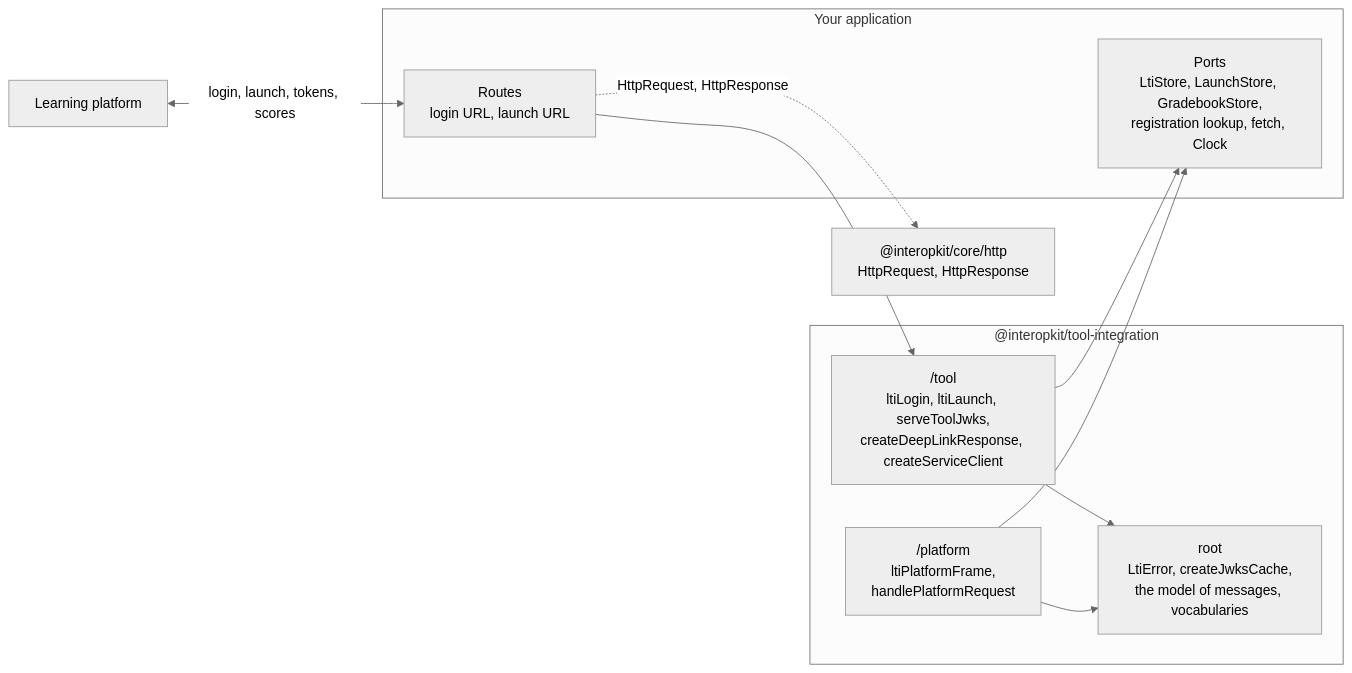
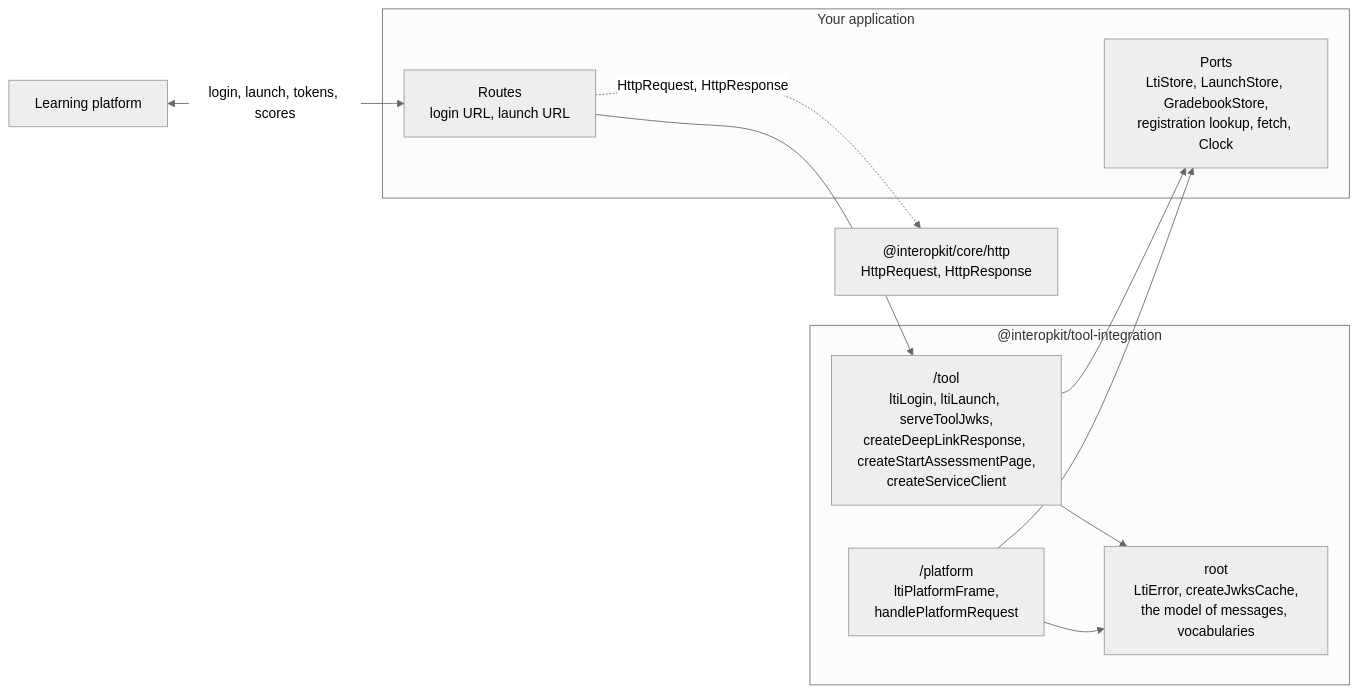
Before and after one commit to interopkit/interopkit: the diagram in packages/tool-integration/README.md, drawn with Mermaid (neutral theme). The commit also changed other lines of this file and 43 other files, not shown here.

````diff
--- a/packages/tool-integration/README.md
+++ b/packages/tool-integration/README.md
@@ -12,21 +13,21 @@
 ```mermaid
 flowchart LR
   platform["Learning platform"]
   subgraph host["Your application"]
     routes["Routes<br/>login URL, launch URL"]
     ports["Ports<br/>LtiStore, LaunchStore, GradebookStore,<br/>registration lookup, fetch, Clock"]
   end
   subgraph pkg["@interopkit/tool-integration"]
-    tool["/tool<br/>ltiLogin, ltiLaunch, serveToolJwks,<br/>createDeepLinkResponse, createServiceClient"]
+    tool["/tool<br/>ltiLogin, ltiLaunch, serveToolJwks,<br/>createDeepLinkResponse, createStartAssessmentPage,<br/>createServiceClient"]
     platformRole["/platform<br/>ltiPlatformFrame,<br/>handlePlatformRequest"]
     root["root<br/>LtiError, createJwksCache,<br/>the model of messages, vocabularies"]
   end
   http["@interopkit/core/http<br/>HttpRequest, HttpResponse"]
   platform <-->|"login, launch, tokens, scores"| routes
   routes --> tool
   routes -.->|"HttpRequest, HttpResponse"| http
   tool --> ports
   platformRole --> ports
   tool --> root
   platformRole --> root
 ```
````
